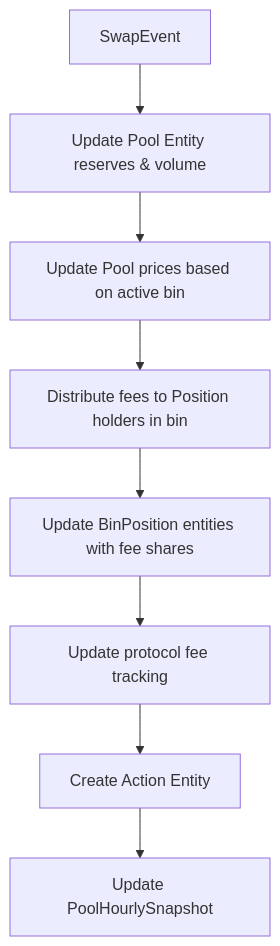
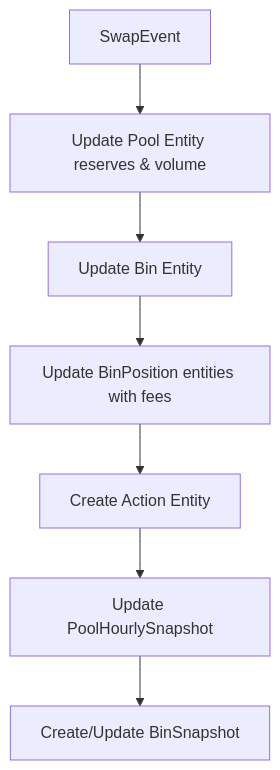
One commit to mira-amm/mira-amm-web changed the third of 6 diagrams in docs/v2-event-flowcharts.md. Above: the diagram before and after it, drawn with Mermaid. The commit also changed other lines of this file and 1 other file, not shown here.

````diff
--- a/docs/v2-event-flowcharts.md
+++ b/docs/v2-event-flowcharts.md
@@ -115,10 +105,9 @@
 ```mermaid
 graph TD
     A[SwapEvent] --> B[Update Pool Entity reserves & volume]
-    B --> C[Update Pool prices based on active bin]
-    C --> D[Distribute fees to Position holders in bin]
-    D --> E[Update BinPosition entities with fee shares]
-    E --> F[Update protocol fee tracking]
-    F --> G[Create Action Entity]
-    G --> H[Update PoolHourlySnapshot]
+    B --> C[Update Bin Entity]
+    C --> D[Update BinPosition entities with fees]
+    D --> E[Create Action Entity]
+    E --> F[Update PoolHourlySnapshot]
+    F --> G[Create/Update BinSnapshot]
 ```
````
